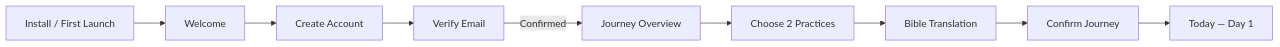
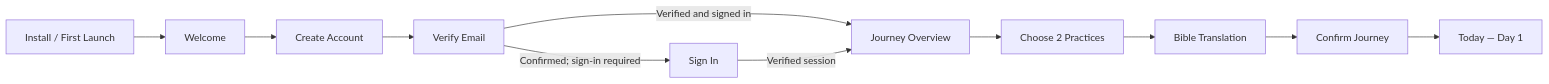
One commit to evanmcpheron/77Faithful changed the sixth of 12 diagrams in docs/APP_NAVIGATION_AND_UX.md. Above: the diagram before and after it, drawn with Mermaid. The commit also changed other lines of this file and 22 other files, not shown here.

````diff
--- a/docs/APP_NAVIGATION_AND_UX.md
+++ b/docs/APP_NAVIGATION_AND_UX.md
@@ -1495,11 +1505,13 @@
 ```mermaid
 flowchart LR
     Install[Install / First Launch] --> Welcome
     Welcome --> Create[Create Account]
     Create --> Verify[Verify Email]
-    Verify -->|Confirmed| Overview[Journey Overview]
+    Verify -->|Verified and signed in| Overview[Journey Overview]
+    Verify -->|Confirmed; sign-in required| SignIn[Sign In]
+    SignIn -->|Verified session| Overview
     Overview --> Practices[Choose 2 Practices]
     Practices --> Bible[Bible Translation]
     Bible --> Confirm[Confirm Journey]
     Confirm --> Day1[Today — Day 1]
 ```
````
